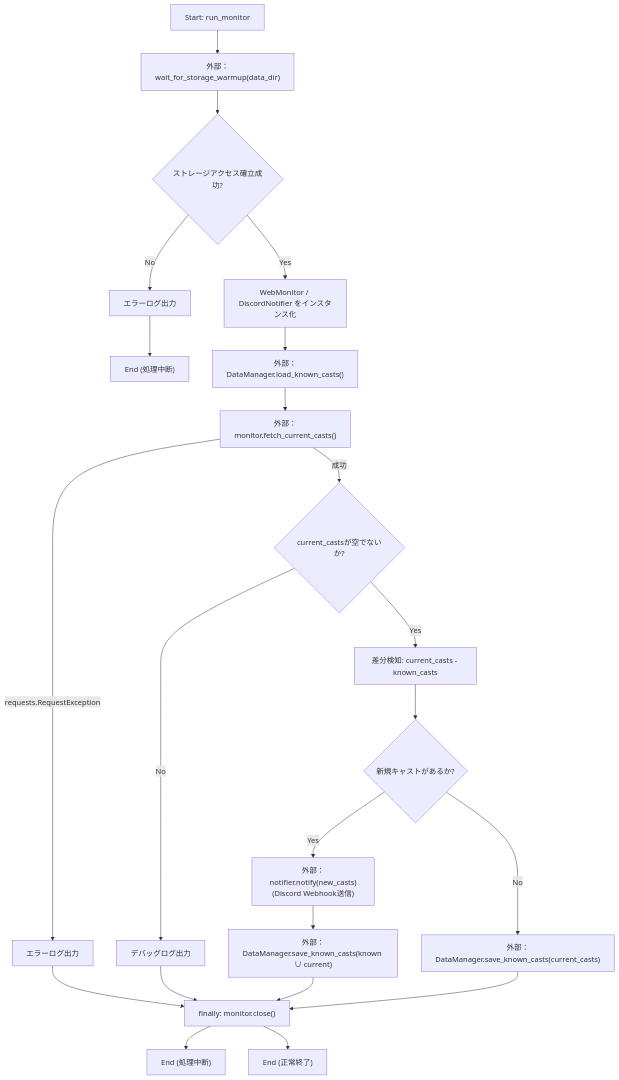
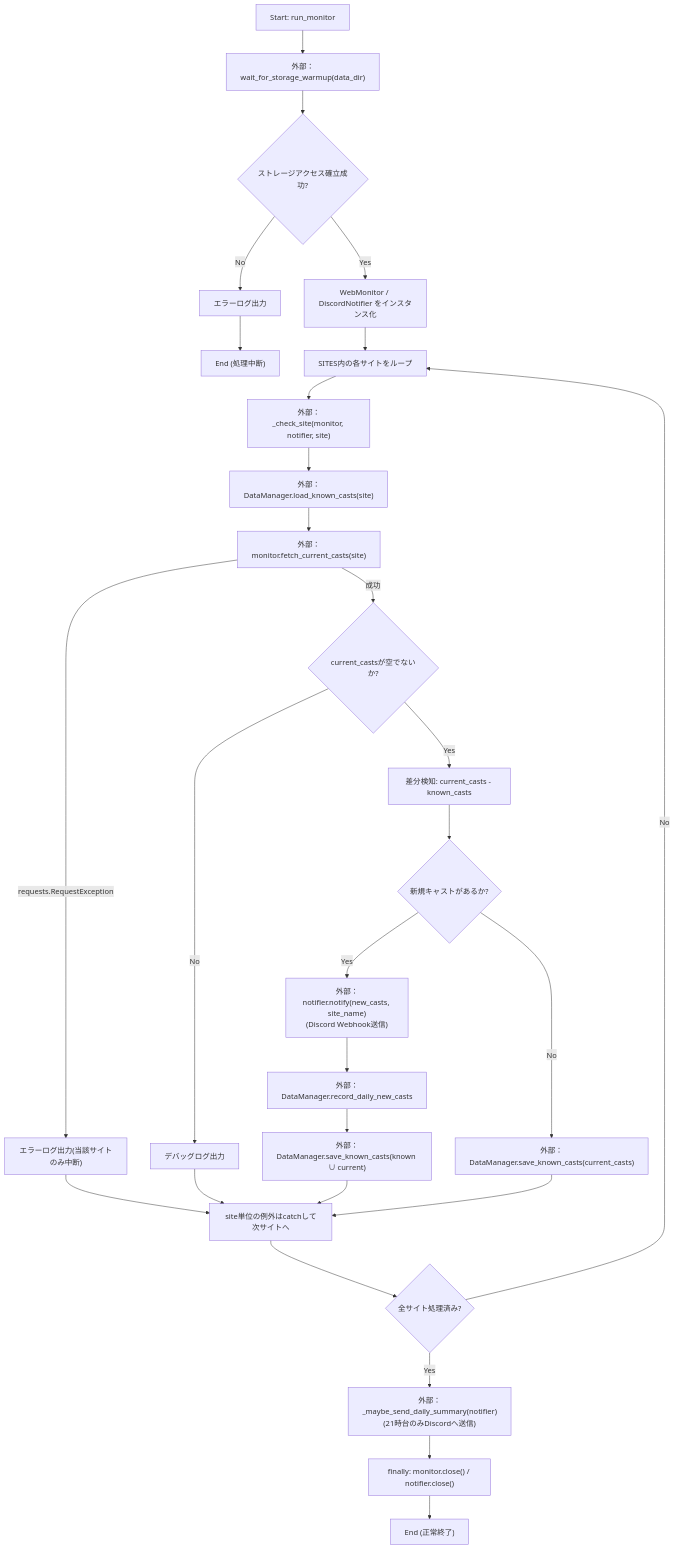
One commit to mmtigers/my_python_project changed the first of 2 diagrams in docs/specifications/DDD/newface_monitor.md. Above: the diagram before and after it, drawn with Mermaid. The commit also changed other lines of this file and 65 other files, not shown here.

````diff
--- a/docs/specifications/DDD/newface_monitor.md
+++ b/docs/specifications/DDD/newface_monitor.md
@@ -476,27 +693,35 @@
 ```mermaid
 flowchart TD
     Start["Start: run_monitor"] --> Warmup["外部：wait_for_storage_warmup(data_dir)"]
     Warmup --> WarmupOk{"ストレージアクセス確立成功?"}
     WarmupOk -- No --> ErrLog1["エラーログ出力"] --> End1["End (処理中断)"]
 
     WarmupOk -- Yes --> InitInstances["WebMonitor / DiscordNotifier をインスタンス化"]
-    InitInstances --> LoadKnown["外部：DataManager.load_known_casts()"]
-    LoadKnown --> Fetch["外部：monitor.fetch_current_casts()"]
+    InitInstances --> SiteLoopStart["SITES内の各サイトをループ"]
 
-    Fetch -- "requests.RequestException" --> ErrLog2["エラーログ出力"] --> Finally["finally: monitor.close()"] --> End2["End (処理中断)"]
+    SiteLoopStart --> CheckSite["外部：_check_site(monitor, notifier, site)"]
+    CheckSite --> LoadKnown["外部：DataManager.load_known_casts(site)"]
+    LoadKnown --> Fetch["外部：monitor.fetch_current_casts(site)"]
 
+    Fetch -- "requests.RequestException" --> LogNetErr["エラーログ出力(当該サイトのみ中断)"] --> NextSite
     Fetch -- 成功 --> HasCasts{"current_castsが空でないか?"}
-    HasCasts -- No --> DebugLog["デバッグログ出力"] --> Finally
+    HasCasts -- No --> DebugLog["デバッグログ出力"] --> NextSite
 
     HasCasts -- Yes --> Diff["差分検知: current_casts - known_casts"]
     Diff --> HasNew{"新規キャストがあるか?"}
 
-    HasNew -- Yes --> Notify["外部：notifier.notify(new_casts)<br>(Discord Webhook送信)"]
-    Notify --> UnionSave["外部：DataManager.save_known_casts(known ∪ current)"]
-    UnionSave --> Finally
+    HasNew -- Yes --> Notify["外部：notifier.notify(new_casts, site_name)<br>(Discord Webhook送信)"]
+    Notify --> RecordDaily["外部：DataManager.record_daily_new_casts"]
+    RecordDaily --> UnionSave["外部：DataManager.save_known_casts(known ∪ current)"]
+    UnionSave --> NextSite
 
     HasNew -- No --> SaveCurrent["外部：DataManager.save_known_casts(current_casts)"]
-    SaveCurrent --> Finally
+    SaveCurrent --> NextSite["site単位の例外はcatchして次サイトへ"]
 
+    NextSite --> SiteLoopEnd{"全サイト処理済み?"}
+    SiteLoopEnd -- No --> SiteLoopStart
+    SiteLoopEnd -- Yes --> DailySummary["外部：_maybe_send_daily_summary(notifier)<br>(21時台のみDiscordへ送信)"]
+
+    DailySummary --> Finally["finally: monitor.close() / notifier.close()"]
     Finally --> End3["End (正常終了)"]
 ```
````
